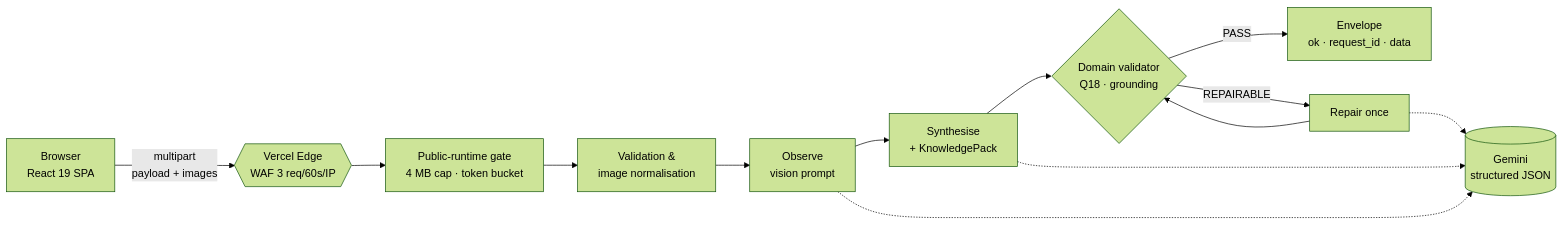
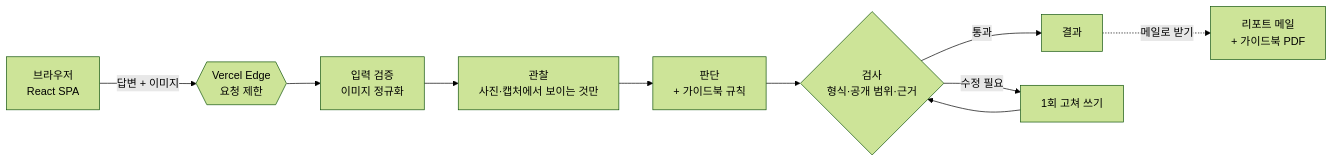
The diagram in README.md (Siegfriex/sosu), drawn with Mermaid (forest theme) before and after one commit. The commit also changed other lines of this file and 4 other files, not shown here.

````diff
--- a/README.md
+++ b/README.md
@@ -26,12 +87,11 @@
 ```mermaid
 flowchart LR
-  U[Browser<br/>React 19 SPA] -- multipart<br/>payload + images --> E{{Vercel Edge<br/>WAF 3 req/60s/IP}}
-  E --> G[Public-runtime gate<br/>4 MB cap · token bucket]
-  G --> V[Validation &<br/>image normalisation]
-  V --> O[Observe<br/>vision prompt]
-  O --> S[Synthesise<br/>+ KnowledgePack]
-  S --> Q{Domain validator<br/>Q18 · grounding}
-  Q -- PASS --> R[Envelope<br/>ok · request_id · data]
-  Q -- REPAIRABLE --> P[Repair once] --> Q
-  O & S & P -.-> M[(Gemini<br/>structured JSON)]
+  U[브라우저<br/>React SPA] -- 답변 + 이미지 --> E{{Vercel Edge<br/>요청 제한}}
+  E --> V[입력 검증<br/>이미지 정규화]
+  V --> O[관찰<br/>사진·캡처에서 보이는 것만]
+  O --> S[판단<br/>+ 가이드북 규칙]
+  S --> Q{검사<br/>형식·공개 범위·근거}
+  Q -- 통과 --> R[결과]
+  Q -- 수정 필요 --> P[1회 고쳐 쓰기] --> Q
+  R -. 메일로 받기 .-> M[리포트 메일<br/>+ 가이드북 PDF]
 ```
````
